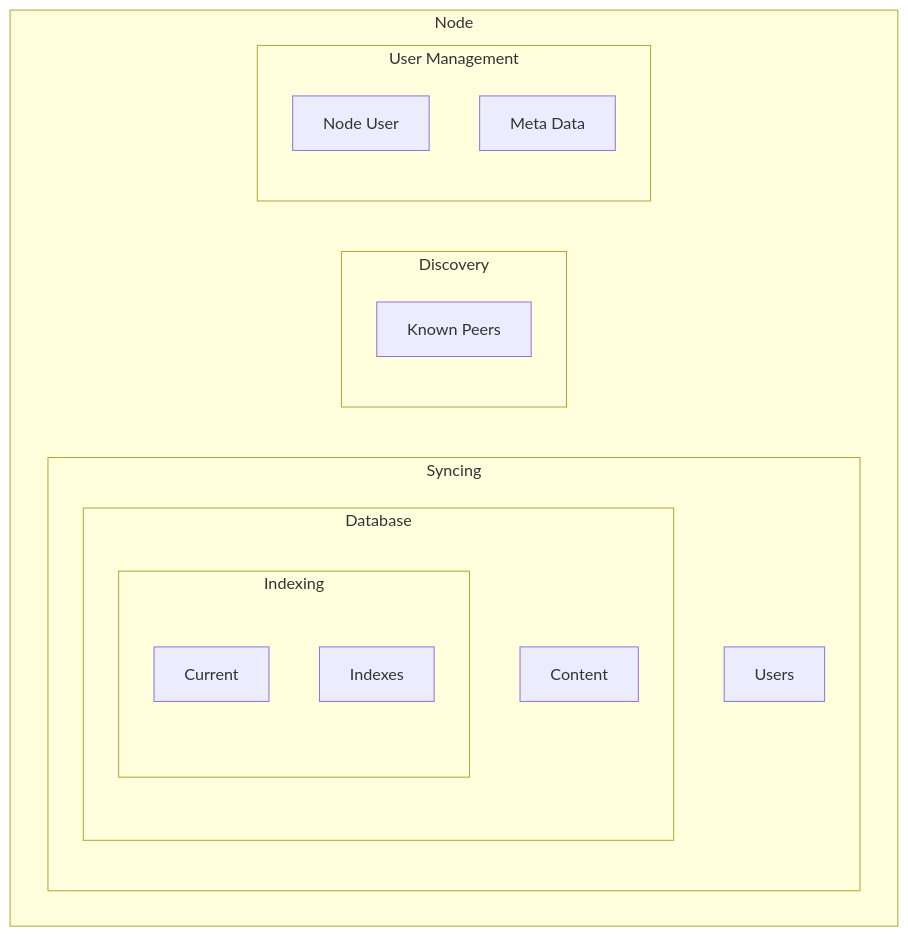
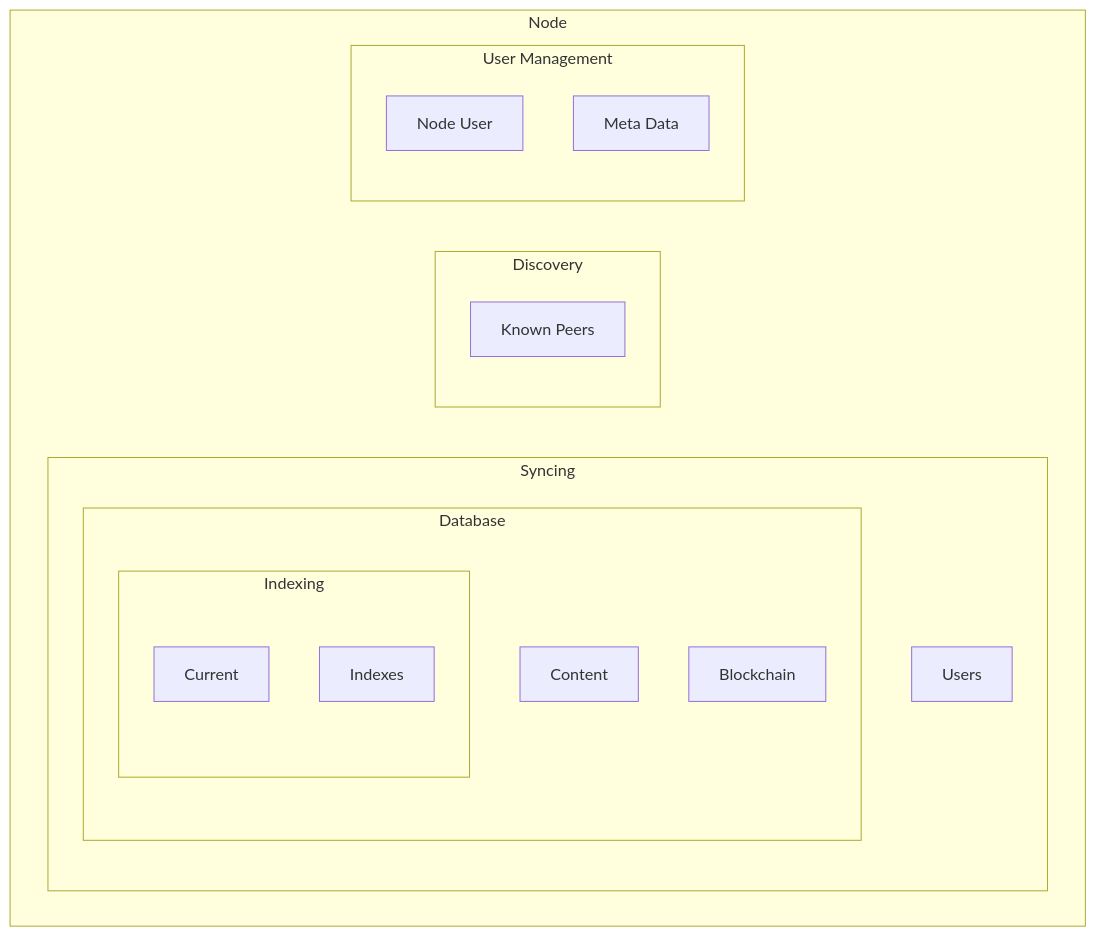
The diagram in docs/diagrams/system-node-stack.mmd (social-production/planning), drawn with Mermaid before and after one commit.

Commit message:
Add Blockchain to Database layer in node stack diagram
Made-with: Cursor

```diff
--- a/docs/diagrams/system-node-stack.mmd
+++ b/docs/diagrams/system-node-stack.mmd
@@ -1,20 +1,21 @@
 graph TB
     subgraph NODE["Node"]
         subgraph SYNC["Syncing"]
             subgraph DB["Database"]
                 CONTENT["Content"]
+                BLOCKCHAIN["Blockchain"]
                 subgraph IDX["Indexing"]
                     CURRENT["Current"]
                     INDEXES["Indexes"]
                 end
             end
             USERS["Users"]
         end
         subgraph DISC["Discovery"]
             KNOWN["Known Peers"]
         end
         subgraph UM["User Management"]
             NUSER["Node User"]
             META["Meta Data"]
         end
     end
```
